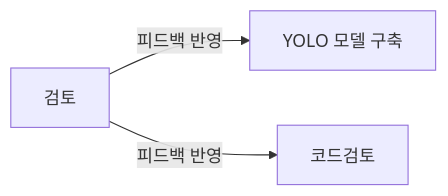
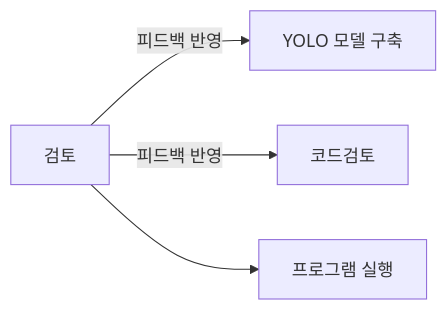
One commit to gamdumdum/my-project changed the second of 2 diagrams in README.md. Above: the diagram before and after it, drawn with Mermaid.

````diff
--- a/README.md
+++ b/README.md
@@ -22,6 +22,7 @@
 ```mermaid
 flowchart LR
     검토[검토] -->|피드백 반영|Yolo[YOLO 모델 구축]
     검토 -->|피드백 반영|코드검토[코드검토]
+    검토 -->실행[프로그램 실행]
 
 ```
````
